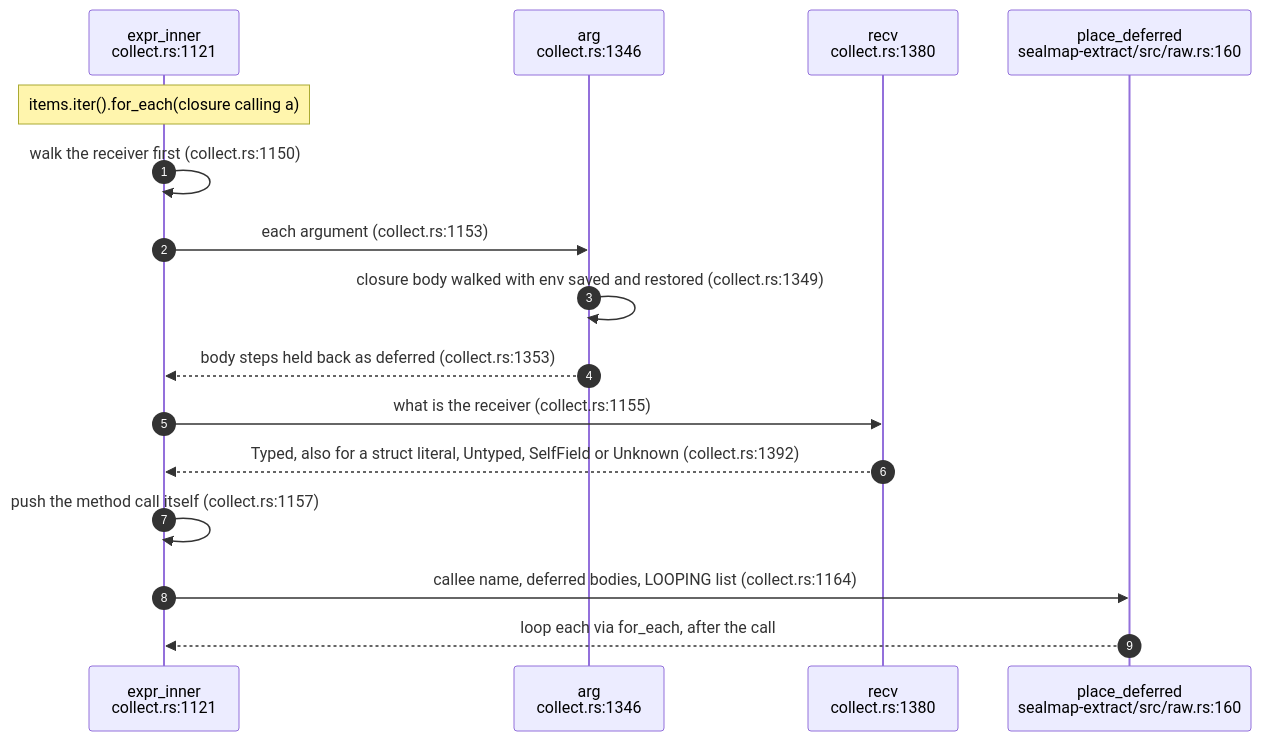
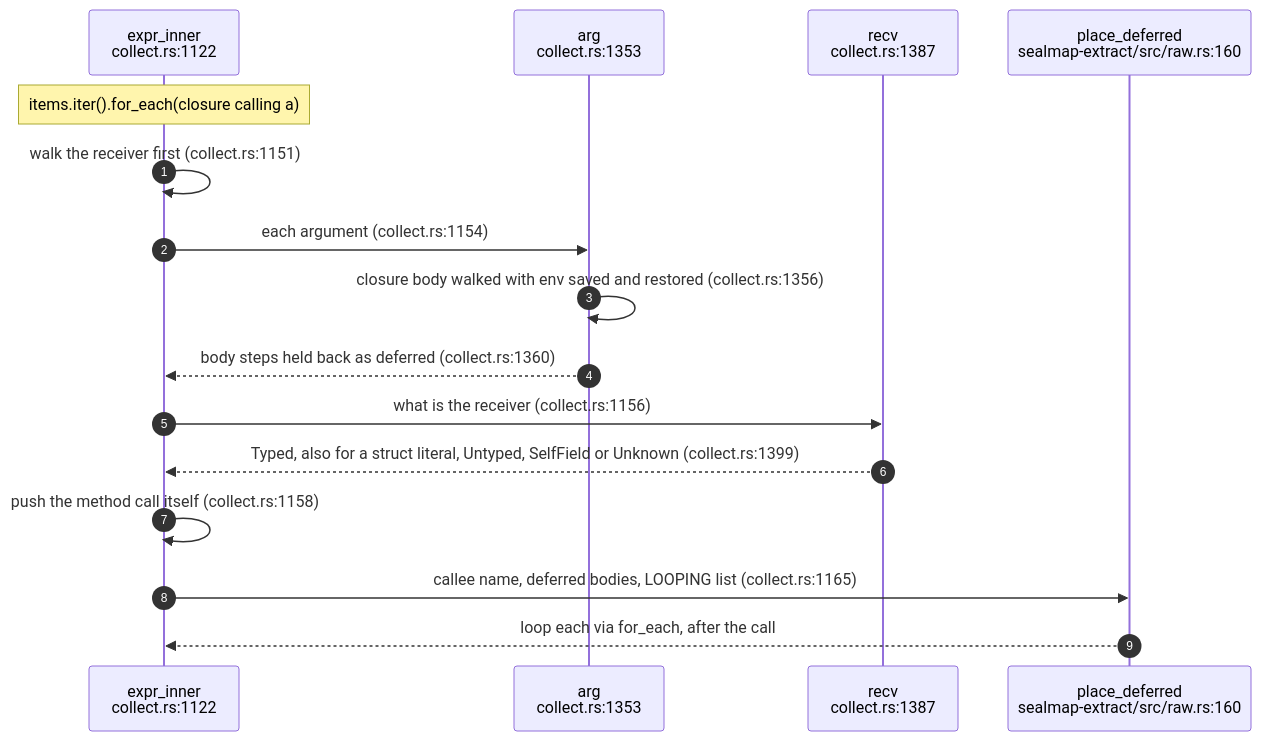
One commit to DreamLab-AI/codemaid changed the second of 7 diagrams in docs/diagrams/extract/03-the-flow-walker-and-raw-ir.md. Above: the diagram before and after it, drawn with Mermaid. The commit also changed other lines of this file and 21 other files, not shown here.

````diff
--- a/docs/diagrams/extract/03-the-flow-walker-and-raw-ir.md
+++ b/docs/diagrams/extract/03-the-flow-walker-and-raw-ir.md
@@ -109,18 +110,18 @@
 ```mermaid
 sequenceDiagram
     autonumber
-    participant EI as expr_inner<br/>collect.rs:1121
-    participant AR as arg<br/>collect.rs:1346
-    participant RV as recv<br/>collect.rs:1380
+    participant EI as expr_inner<br/>collect.rs:1122
+    participant AR as arg<br/>collect.rs:1353
+    participant RV as recv<br/>collect.rs:1387
     participant PD as place_deferred<br/>sealmap-extract/src/raw.rs:160
     Note over EI: items.iter().for_each(closure calling a)
-    EI->>EI: walk the receiver first (collect.rs:1150)
-    EI->>AR: each argument (collect.rs:1153)
-    AR->>AR: closure body walked with env saved and restored (collect.rs:1349)
-    AR-->>EI: body steps held back as deferred (collect.rs:1353)
-    EI->>RV: what is the receiver (collect.rs:1155)
-    RV-->>EI: Typed, also for a struct literal, Untyped, SelfField or Unknown (collect.rs:1392)
-    EI->>EI: push the method call itself (collect.rs:1157)
-    EI->>PD: callee name, deferred bodies, LOOPING list (collect.rs:1164)
+    EI->>EI: walk the receiver first (collect.rs:1151)
+    EI->>AR: each argument (collect.rs:1154)
+    AR->>AR: closure body walked with env saved and restored (collect.rs:1356)
+    AR-->>EI: body steps held back as deferred (collect.rs:1360)
+    EI->>RV: what is the receiver (collect.rs:1156)
+    RV-->>EI: Typed, also for a struct literal, Untyped, SelfField or Unknown (collect.rs:1399)
+    EI->>EI: push the method call itself (collect.rs:1158)
+    EI->>PD: callee name, deferred bodies, LOOPING list (collect.rs:1165)
     PD-->>EI: loop each via for_each, after the call
 ```
````
